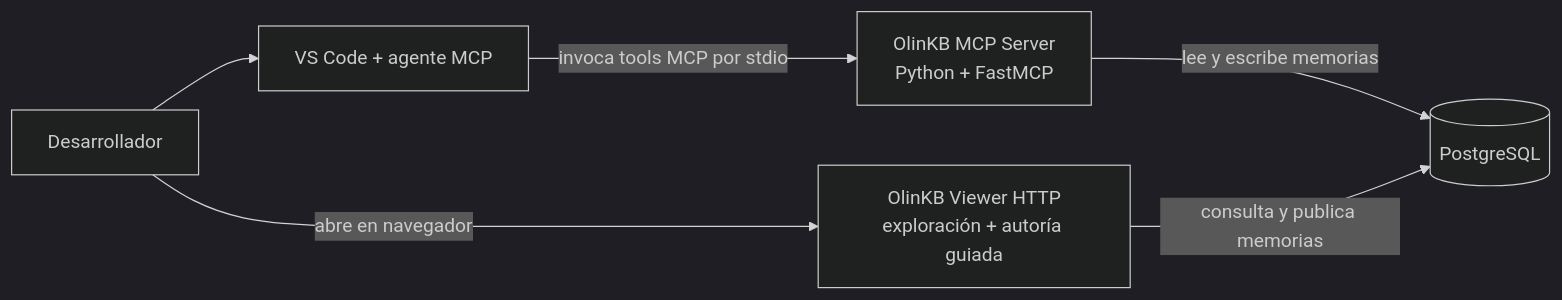
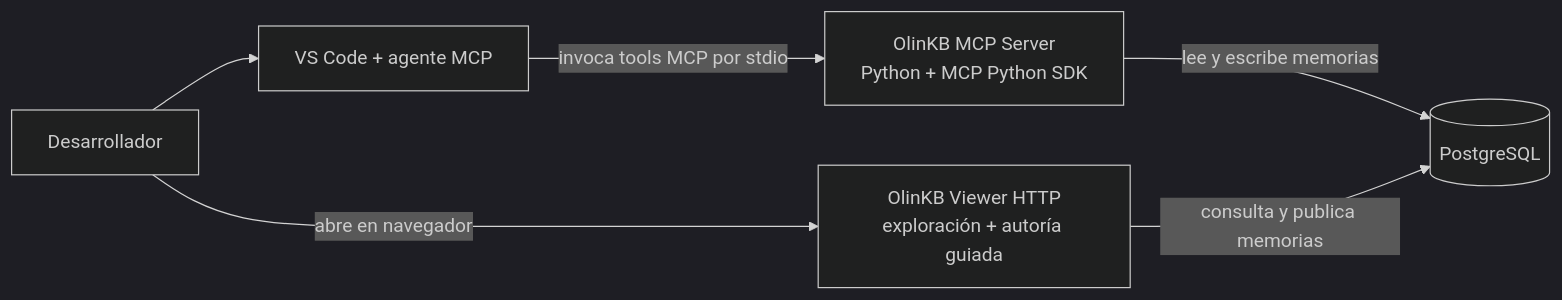
One commit to rzjulio/olinkb changed the first of 11 diagrams in docs/olinkb-funcionamiento-end-to-end.md. Above: the diagram before and after it, drawn with Mermaid (dark theme). The commit also changed other lines of this file and 14 other files, not shown here.

First line of the commit message:
Refactor OlinKB server from FastMCP to Official MCP Python SDK

````diff
--- a/docs/olinkb-funcionamiento-end-to-end.md
+++ b/docs/olinkb-funcionamiento-end-to-end.md
@@ -37,14 +37,14 @@
 ```mermaid
 flowchart LR
     dev[Desarrollador]
     ide[VS Code + agente MCP]
-    mcp[OlinKB MCP Server\nPython + FastMCP]
+    mcp[OlinKB MCP Server\nPython + MCP Python SDK]
     viewer[OlinKB Viewer HTTP\nexploración + autoría guiada]
     pg[(PostgreSQL)]
 
     dev --> ide
     ide -->|invoca tools MCP por stdio| mcp
     dev -->|abre en navegador| viewer
     mcp -->|lee y escribe memorias| pg
     viewer -->|consulta y publica memorias| pg
 ```
````
